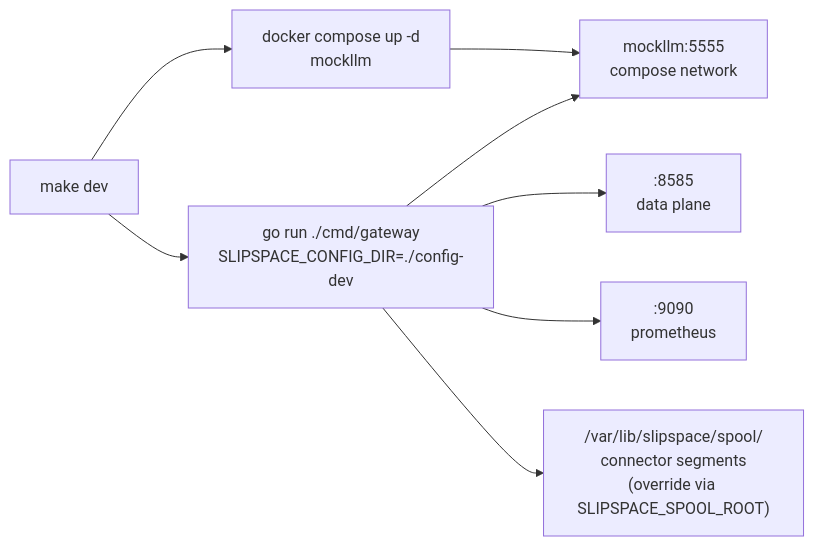
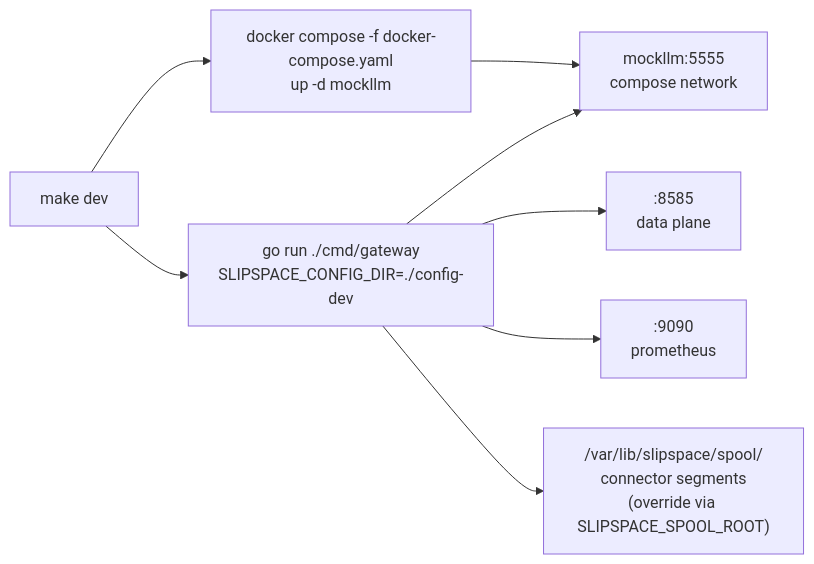
One commit to andyjmorgan/slipspace-gateway changed the first of 3 diagrams in docs/local-development.md. Above: the diagram before and after it, drawn with Mermaid. The commit also changed other lines of this file and 6 other files, not shown here.

````diff
--- a/docs/local-development.md
+++ b/docs/local-development.md
@@ -47,10 +47,10 @@
 ```mermaid
 flowchart LR
-    Dev[make dev] --> Compose[docker compose up -d<br/>mockllm]
+    Dev[make dev] --> Compose[docker compose -f docker-compose.yaml<br/>up -d mockllm]
     Dev --> GoRun[go run ./cmd/gateway<br/>SLIPSPACE_CONFIG_DIR=./config-dev]
     Compose --> Mock[mockllm:5555<br/>compose network]
     GoRun --> Data[":8585<br/>data plane"]
     GoRun --> Prom[":9090<br/>prometheus"]
     GoRun --> Mock
     GoRun --> Spool["/var/lib/slipspace/spool/<br/>connector segments<br/>(override via SLIPSPACE_SPOOL_ROOT)"]
 ```
````
